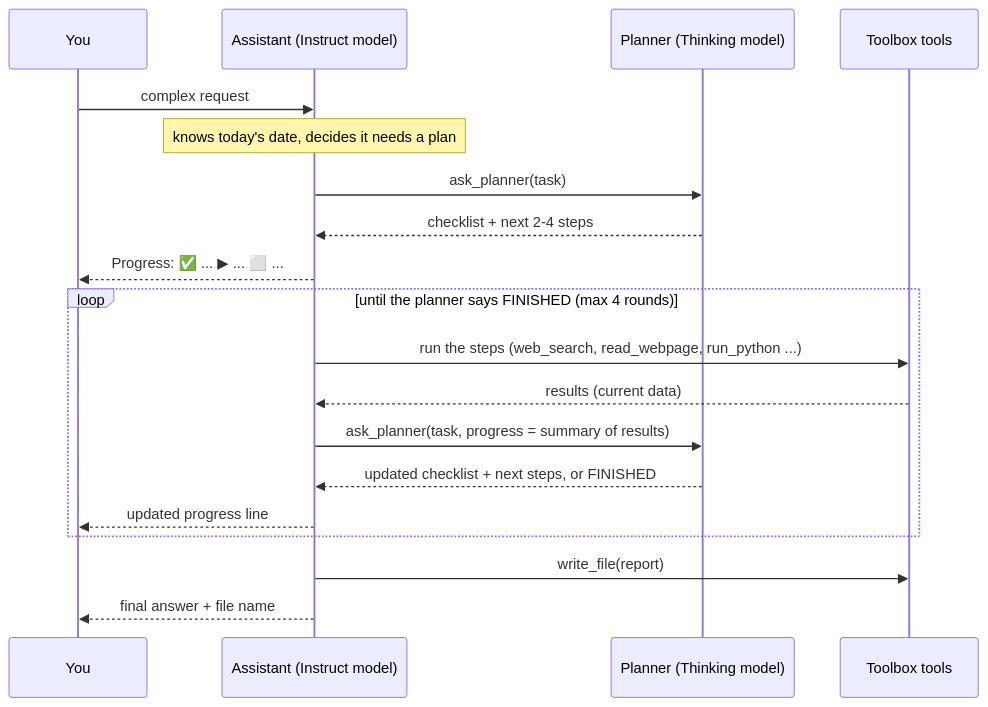
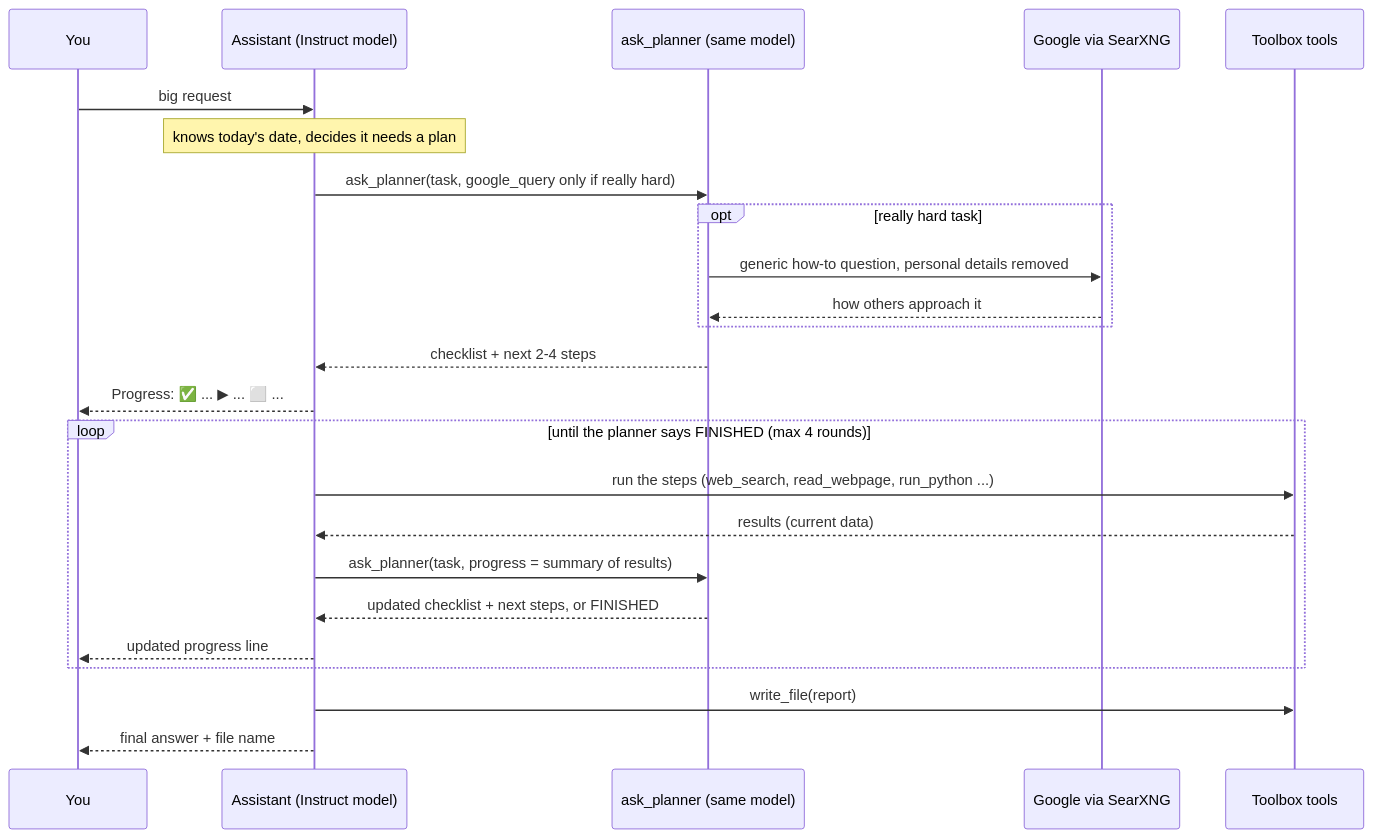
One commit to dhoon-ai/dhoon changed the second of 2 diagrams in README.md. Above: the diagram before and after it, drawn with Mermaid. The commit also changed other lines of this file and 13 other files, not shown here.

First line of the commit message:
Drop the Thinking planner model; plan with the Instruct model, ask Google for hard tasks

````diff
--- a/README.md
+++ b/README.md
@@ -103,21 +118,26 @@
 ```mermaid
 sequenceDiagram
     participant You
     participant A as Assistant (Instruct model)
-    participant P as Planner (Thinking model)
+    participant P as ask_planner (same model)
+    participant G as Google via SearXNG
     participant T as Toolbox tools
-    You->>A: complex request
+    You->>A: big request
     Note over A: knows today's date, decides it needs a plan
-    A->>P: ask_planner(task)
+    A->>P: ask_planner(task, google_query only if really hard)
+    opt really hard task
+        P->>G: generic how-to question, personal details removed
+        G-->>P: how others approach it
+    end
     P-->>A: checklist + next 2-4 steps
     A-->>You: Progress: ✅ ... ▶ ... ⬜ ...
     loop until the planner says FINISHED (max 4 rounds)
         A->>T: run the steps (web_search, read_webpage, run_python ...)
         T-->>A: results (current data)
         A->>P: ask_planner(task, progress = summary of results)
         P-->>A: updated checklist + next steps, or FINISHED
         A-->>You: updated progress line
     end
     A->>T: write_file(report)
     A-->>You: final answer + file name
 ```
````
